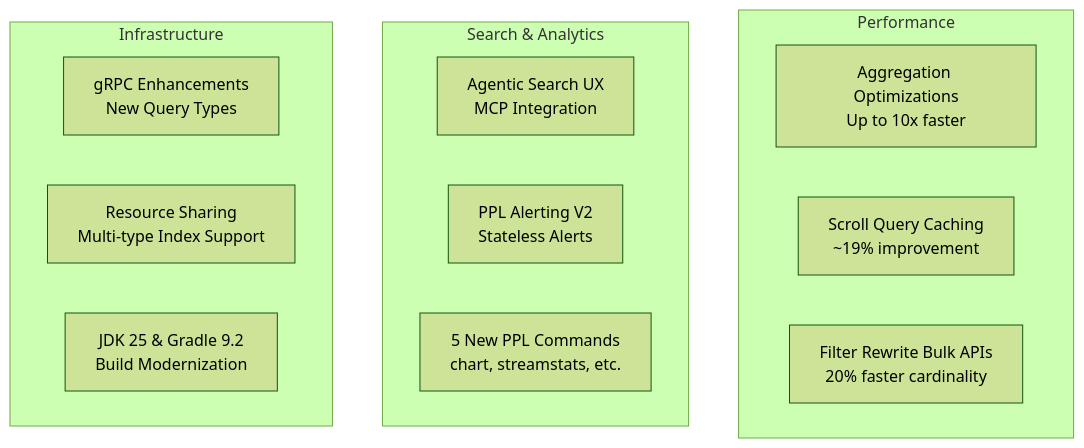
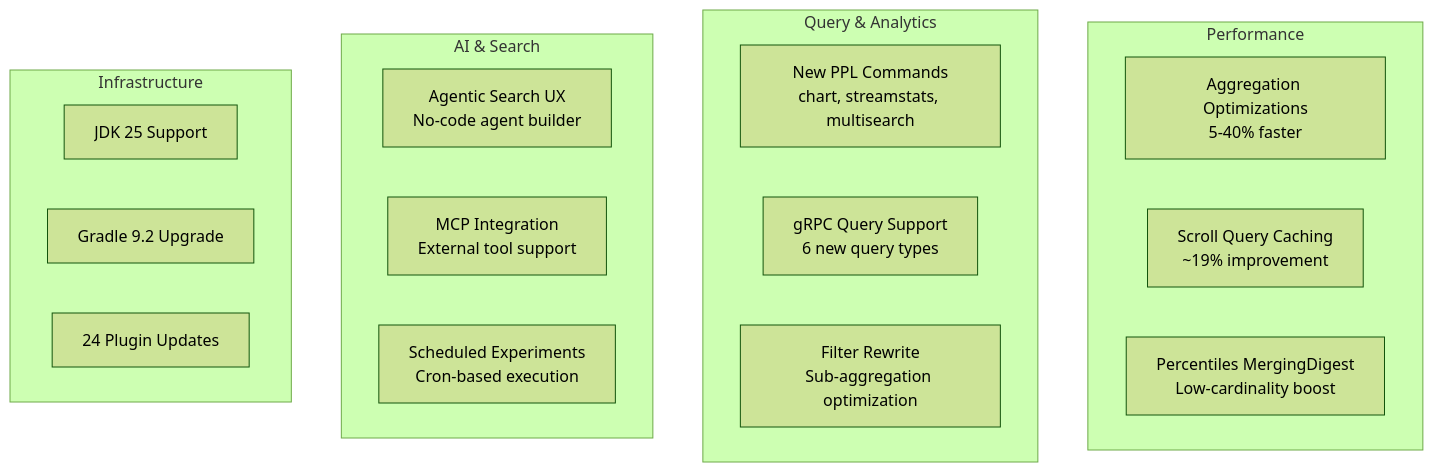
The diagram in docs/releases/v3.4.0/summary.md (tkykenmt/opensearch-feature-explorer), drawn with Mermaid (forest theme) before and after one commit. The commit also changed other lines of this file, not shown here.

````diff
--- a/docs/releases/v3.4.0/summary.md
+++ b/docs/releases/v3.4.0/summary.md
@@ -9,20 +9,26 @@
 ```mermaid
 graph TB
     subgraph "Performance"
-        A[Aggregation Optimizations<br/>Up to 10x faster]
+        A[Aggregation Optimizations<br/>5-40% faster]
         B[Scroll Query Caching<br/>~19% improvement]
-        C[Filter Rewrite Bulk APIs<br/>20% faster cardinality]
+        C[Percentiles MergingDigest<br/>Low-cardinality boost]
     end
     
-    subgraph "Search & Analytics"
-        D[Agentic Search UX<br/>MCP Integration]
-        E[PPL Alerting V2<br/>Stateless Alerts]
-        F[5 New PPL Commands<br/>chart, streamstats, etc.]
+    subgraph "Query & Analytics"
+        D[New PPL Commands<br/>chart, streamstats, multisearch]
+        E[gRPC Query Support<br/>6 new query types]
+        F[Filter Rewrite<br/>Sub-aggregation optimization]
+    end
+    
+    subgraph "AI & Search"
+        G[Agentic Search UX<br/>No-code agent builder]
+        H[MCP Integration<br/>External tool support]
+        I[Scheduled Experiments<br/>Cron-based execution]
     end
     
     subgraph "Infrastructure"
-        G[gRPC Enhancements<br/>New Query Types]
-        H[Resource Sharing<br/>Multi-type Index Support]
-        I[JDK 25 & Gradle 9.2<br/>Build Modernization]
+        J[JDK 25 Support]
+        K[Gradle 9.2 Upgrade]
+        L[24 Plugin Updates]
     end
 ```
````
